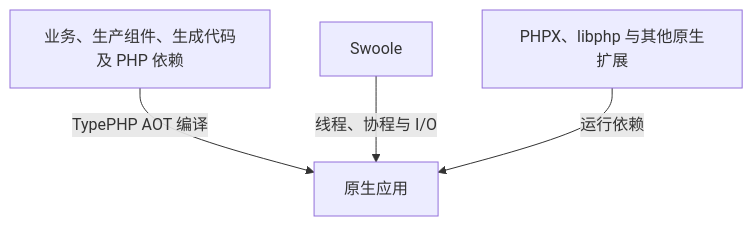
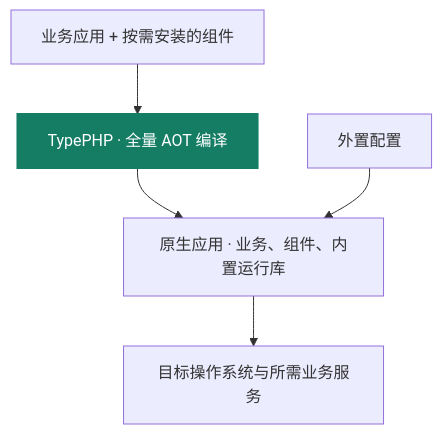
Before and after one commit to zoujingli/typeapp: the diagram in README.md, drawn with Mermaid. The commit also changed other lines of this file and 47 other files, not shown here.

First line of the commit message:
docs: 突出 TypePHP 编译并统一应用架构与交付说明

````diff
--- a/README.md
+++ b/README.md
@@ -49,6 +13,8 @@
 ```mermaid
 flowchart TB
-  Source["业务、生产组件、生成代码及 PHP 依赖"] -->|TypePHP AOT 编译| App["原生应用"]
-  Swoole["Swoole"] -->|线程、协程与 I/O| App
-  Runtime["PHPX、libphp 与其他原生扩展"] -->|运行依赖| App
+  Source["业务应用 + 按需安装的组件"] --> Build["TypePHP · 全量 AOT 编译"]
+  Build --> App["原生应用 · 业务、组件、内置运行库"]
+  Config["外置配置"] --> App
+  style Build fill:#147d64,color:#ffffff,stroke:#147d64,stroke-width:2px
+  App --> Env["目标操作系统与所需业务服务"]
 ```
````
